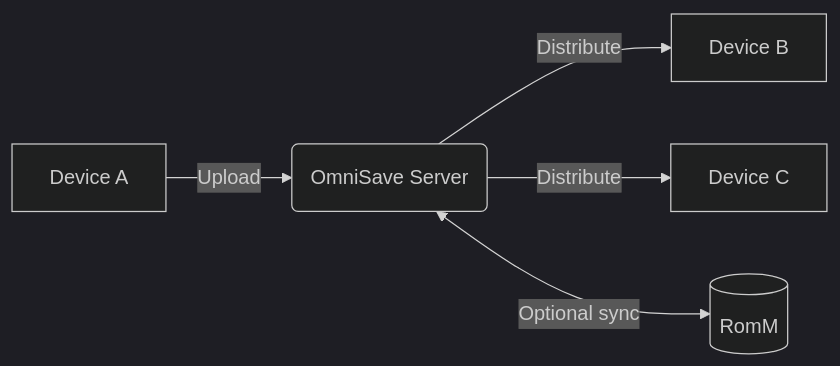
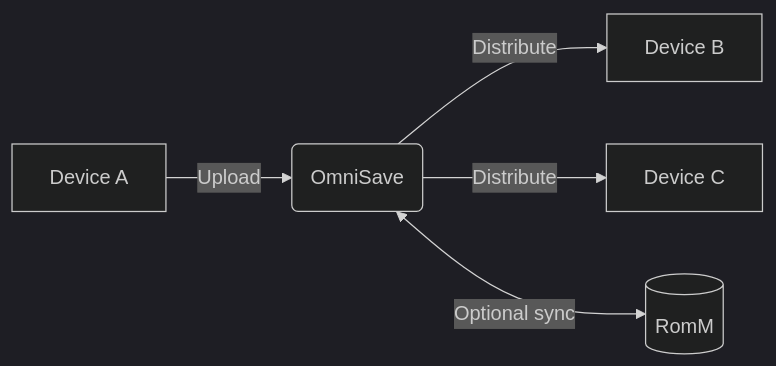
One commit to kanjieater/OmniSave changed the diagram in README.md. Above: the diagram before and after it, drawn with Mermaid (dark theme). The commit also changed other lines of this file and 5 other files, not shown here.

Commit message:
chore: rename OmniSave Server → OmniSave, update GHCR image to github.repository

````diff
--- a/README.md
+++ b/README.md
@@ -30,7 +30,7 @@
 ```mermaid
 flowchart LR
-    A[Device A] -->|Upload| B(OmniSave Server)
+    A[Device A] -->|Upload| B(OmniSave)
     B -->|Distribute| C[Device B]
     B -->|Distribute| D[Device C]
     B <-->|Optional sync| E[(RomM)]
 ```
````
